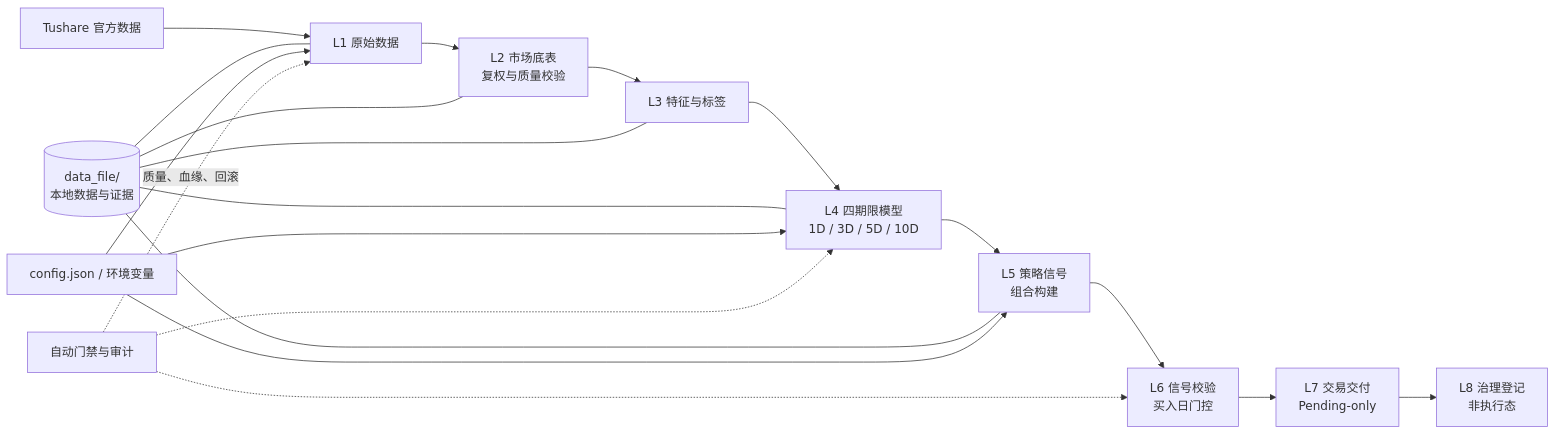
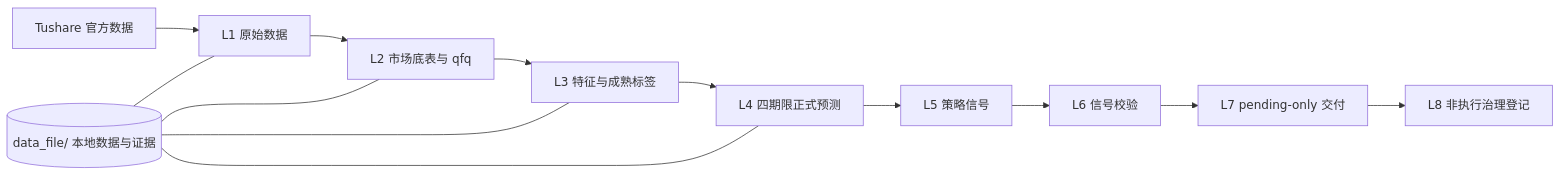
One commit to wangjrking/quant_vibe changed the diagram in README.md. Above: the diagram before and after it, drawn with Mermaid. The commit also changed other lines of this file and 3 other files, not shown here.

````diff
--- a/README.md
+++ b/README.md
@@ -9,23 +9,15 @@
 ```mermaid
 flowchart LR
-    TS["Tushare 官方数据"] --> L1["L1 原始数据"]
-    L1 --> L2["L2 市场底表\n复权与质量校验"]
-    L2 --> L3["L3 特征与标签"]
-    L3 --> L4["L4 四期限模型\n1D / 3D / 5D / 10D"]
-    L4 --> L5["L5 策略信号\n组合构建"]
-    L5 --> L6["L6 信号校验\n买入日门控"]
-    L6 --> L7["L7 交易交付\nPending-only"]
-    L7 --> L8["L8 治理登记\n非执行态"]
-
-    DATA[("data_file/\n本地数据与证据")] --- L1
-    DATA --- L2
-    DATA --- L3
-    DATA --- L4
-    DATA --- L5
-    CFG["config.json / 环境变量"] --> L1
-    CFG --> L4
-    CFG --> L5
-    GOV["自动门禁与审计"] -. "质量、血缘、回滚" .-> L1
-    GOV -.-> L4
-    GOV -.-> L6
+    T["Tushare 官方数据"] --> L1["L1 原始数据"]
+    L1 --> L2["L2 市场底表与 qfq"]
+    L2 --> L3["L3 特征与成熟标签"]
+    L3 --> L4["L4 四期限正式预测"]
+    L4 --> L5["L5 策略信号"]
+    L5 --> L6["L6 信号校验"]
+    L6 --> L7["L7 pending-only 交付"]
+    L7 --> L8["L8 非执行治理登记"]
+    D[("data_file/ 本地数据与证据")] --- L1
+    D --- L2
+    D --- L3
+    D --- L4
 ```
````
